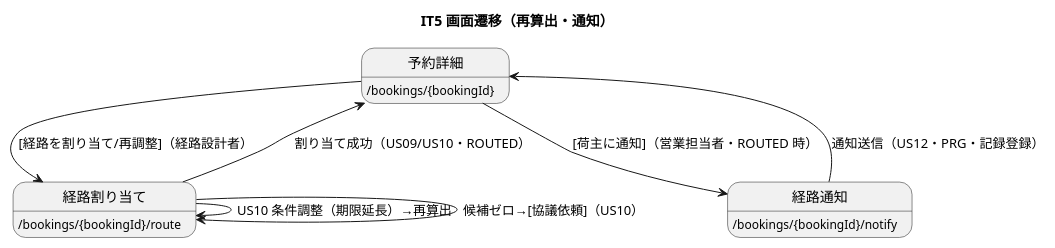
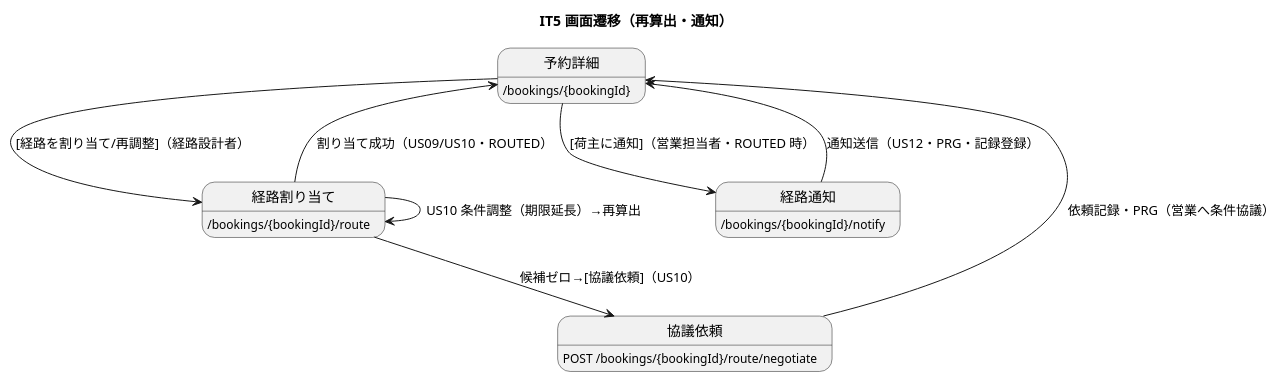
One commit to k2works/case-study-cargo-tracker changed the fourth of 4 diagrams in docs/development/iteration_plan-5.md. Above: the diagram before and after it, drawn with PlantUML. The commit also changed other lines of this file, not shown here.

````diff
--- a/docs/development/iteration_plan-5.md
+++ b/docs/development/iteration_plan-5.md
@@ -241,16 +243,18 @@
 ```plantuml
 @startuml
 title IT5 画面遷移（再算出・通知）
 
 state 予約詳細 : /bookings/{bookingId}
 state 経路割り当て : /bookings/{bookingId}/route
+state 協議依頼 : POST /bookings/{bookingId}/route/negotiate
 state 経路通知 : /bookings/{bookingId}/notify
 
 予約詳細 --> 経路割り当て : [経路を割り当て/再調整]（経路設計者）
 経路割り当て --> 経路割り当て : US10 条件調整（期限延長）→再算出
 経路割り当て --> 予約詳細 : 割り当て成功（US09/US10・ROUTED）
-経路割り当て --> 経路割り当て : 候補ゼロ→[協議依頼]（US10）
+経路割り当て --> 協議依頼 : 候補ゼロ→[協議依頼]（US10）
+協議依頼 --> 予約詳細 : 依頼記録・PRG（営業へ条件協議）
 予約詳細 --> 経路通知 : [荷主に通知]（営業担当者・ROUTED 時）
 経路通知 --> 予約詳細 : 通知送信（US12・PRG・記録登録）
 @enduml
 ```
````
